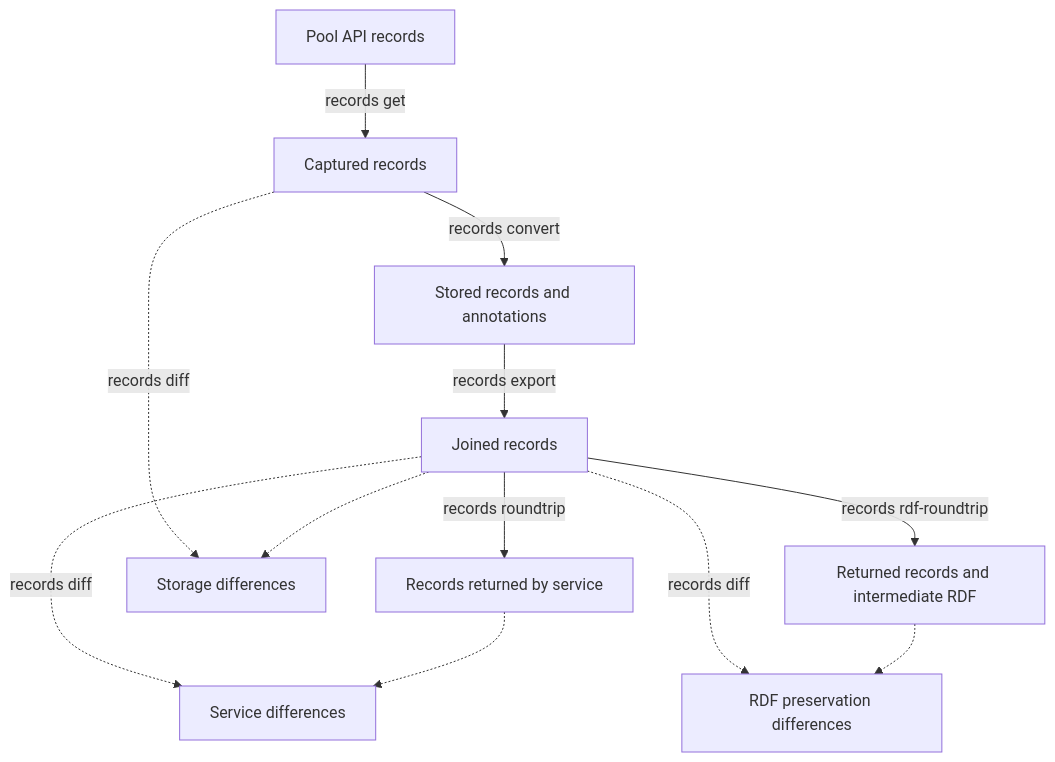
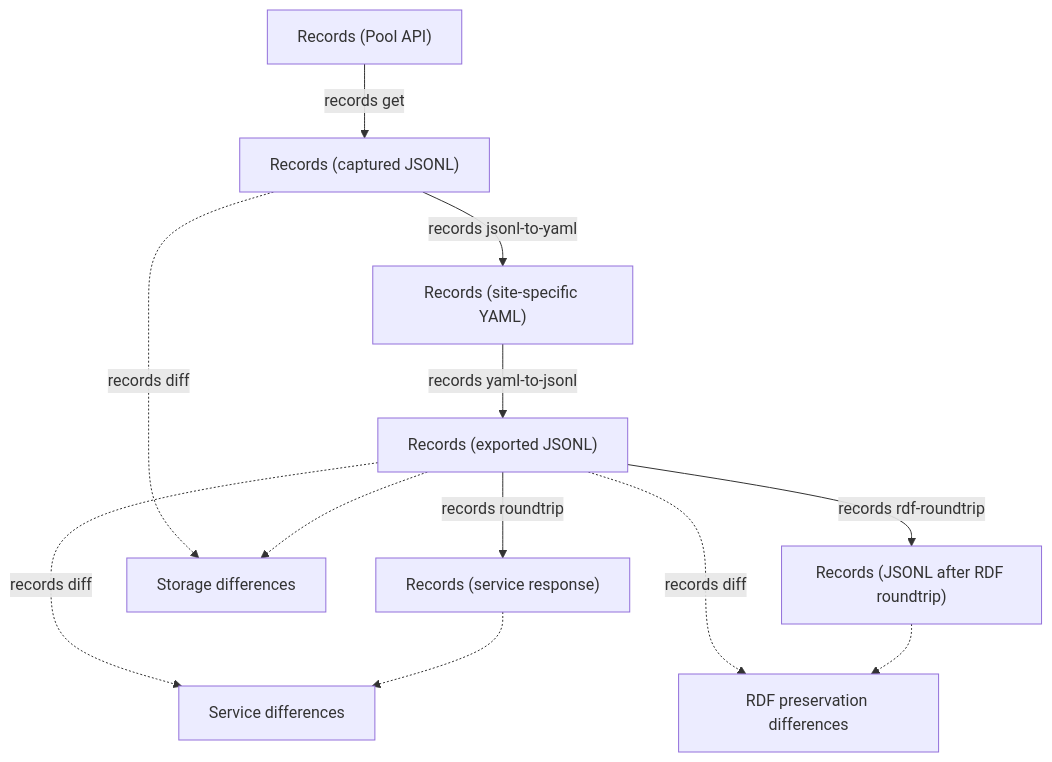
One commit to ORINOCO-Lite/orinoco-lite-dev changed the first of 3 diagrams in packages/diff-review-application/README.md. Above: the diagram before and after it, drawn with Mermaid.

Commit message:
docs: label record representations in review diagram

Codex-Reasoning-Effort: low

````diff
--- a/packages/diff-review-application/README.md
+++ b/packages/diff-review-application/README.md
@@ -15,14 +15,14 @@
 ```mermaid
 flowchart TD
-  pool[Pool API records] -->|records get| capture[Captured records]
-  capture -->|records convert| storage[Stored records and annotations]
-  storage -->|records export| joined[Joined records]
-  joined -->|records roundtrip| service[Records returned by service]
+  pool["Records (Pool API)"] -->|records get| capture["Records (captured JSONL)"]
+  capture -->|records jsonl-to-yaml| storage["Records (site-specific YAML)"]
+  storage -->|records yaml-to-jsonl| joined["Records (exported JSONL)"]
+  joined -->|records roundtrip| service["Records (service response)"]
   capture -. records diff .-> storageReport[Storage differences]
   joined -.-> storageReport
   joined -. records diff .-> serviceReport[Service differences]
   service -.-> serviceReport
-  joined -->|records rdf-roundtrip| returned[Returned records and intermediate RDF]
+  joined -->|records rdf-roundtrip| returned["Records (JSONL after RDF roundtrip)"]
   joined -. records diff .-> rdfReport[RDF preservation differences]
   returned -.-> rdfReport
 ```
````
